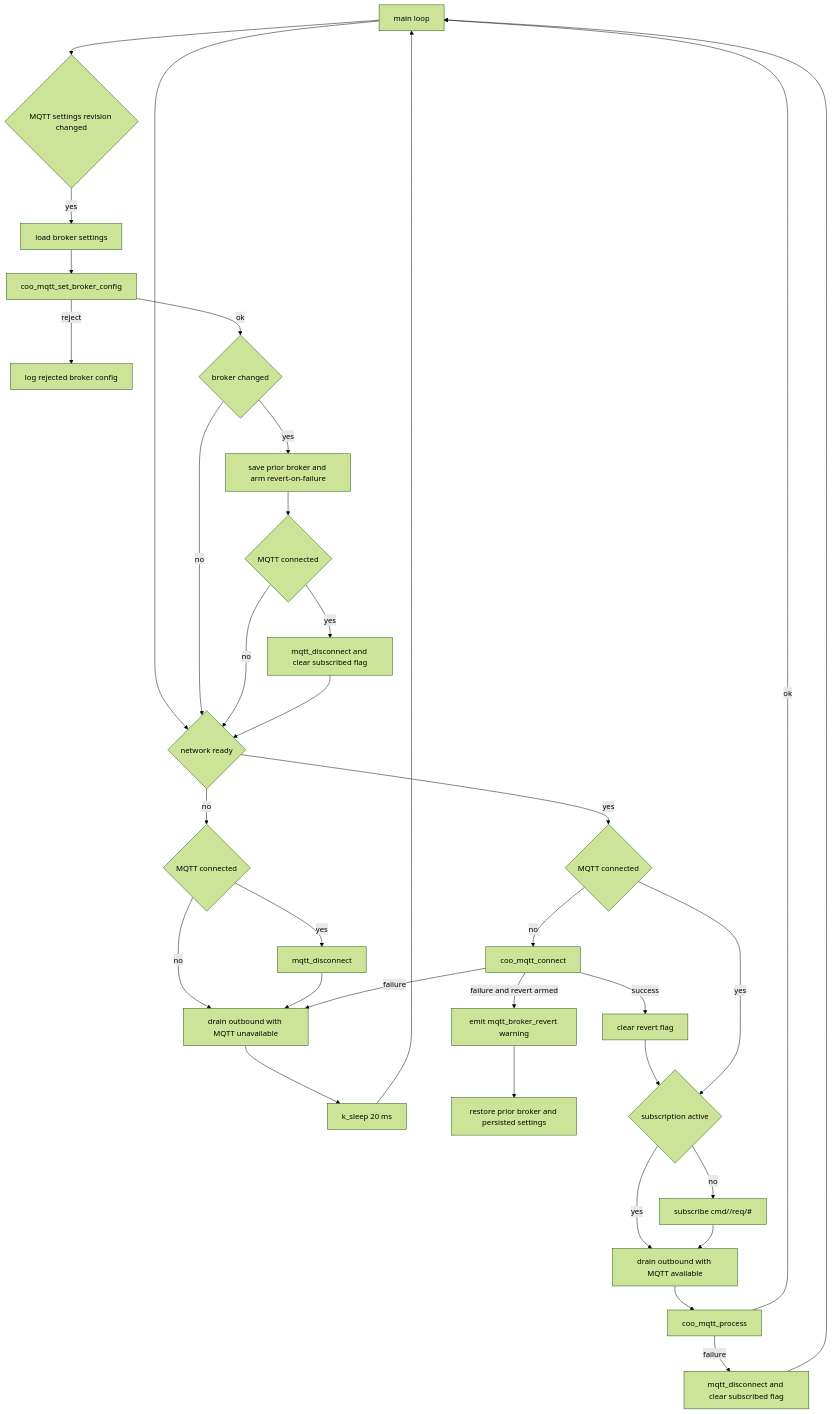
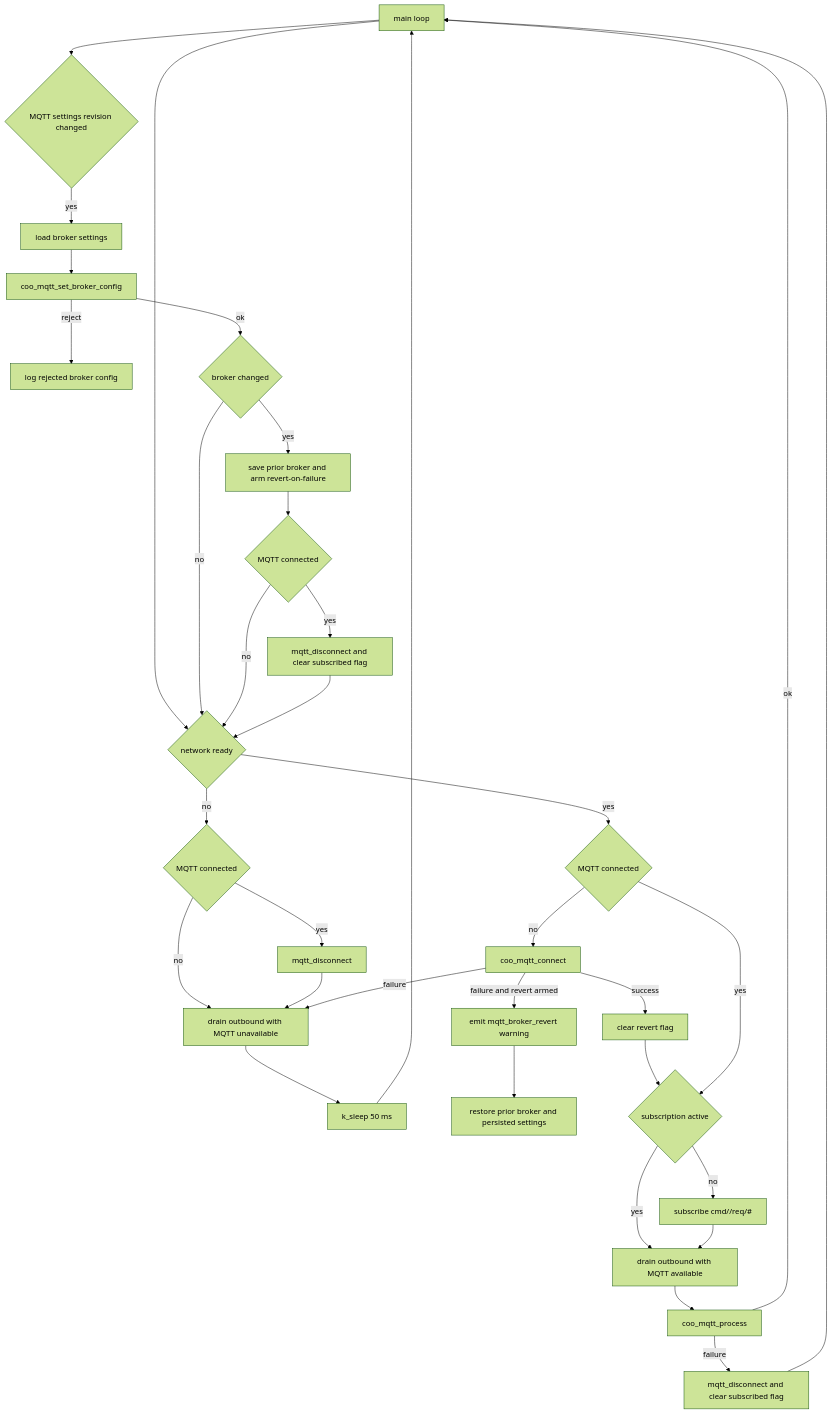
Diagram 21 of 25 in doc/diagrams.md (COO-Utilities/hispec-tib), drawn with Mermaid (forest theme) before and after one commit. The commit also changed other lines of this file and 39 other files, not shown here.

````diff
--- a/doc/diagrams.md
+++ b/doc/diagrams.md
@@ -448,38 +466,38 @@
 ```mermaid
 flowchart TD
   Loop[main loop] --> NetReady{network ready}
   Loop --> Revision{MQTT settings revision changed}
   Revision -- yes --> Load[load broker settings]
   Load --> Apply[coo_mqtt_set_broker_config]
   Apply -- reject --> Log[log rejected broker config]
   Apply -- ok --> Changed{broker changed}
   Changed -- yes --> SavePrior[save prior broker and arm revert-on-failure]
   SavePrior --> DisconnectOld{MQTT connected}
   Changed -- no --> NetReady
   DisconnectOld -- yes --> Disconnect[mqtt_disconnect and clear subscribed flag]
   DisconnectOld -- no --> NetReady
   Disconnect --> NetReady
 
   NetReady -- no --> ConnectedButBlocked{MQTT connected}
   ConnectedButBlocked -- yes --> DropConn[mqtt_disconnect]
   ConnectedButBlocked -- no --> DrainNoMqtt[drain outbound with MQTT unavailable]
   DropConn --> DrainNoMqtt
-  DrainNoMqtt --> Sleep[k_sleep 20 ms]
+  DrainNoMqtt --> Sleep[k_sleep 50 ms]
 
   NetReady -- yes --> Connected{MQTT connected}
   Connected -- no --> Connect[coo_mqtt_connect]
   Connect -- success --> ClearRevert[clear revert flag]
   Connect -- failure and revert armed --> Warn[emit mqtt_broker_revert warning]
   Warn --> Restore[restore prior broker and persisted settings]
   Connect -- failure --> DrainNoMqtt
   ClearRevert --> SubscribeNeeded{subscription active}
   Connected -- yes --> SubscribeNeeded
   SubscribeNeeded -- no --> Subscribe[subscribe cmd/<device>/req/#]
   SubscribeNeeded -- yes --> Drain[drain outbound with MQTT available]
   Subscribe --> Drain
   Drain --> Process[coo_mqtt_process]
   Process -- ok --> Loop
   Process -- failure --> DisconnectProcess[mqtt_disconnect and clear subscribed flag]
   DisconnectProcess --> Loop
   Sleep --> Loop
 ```
````
